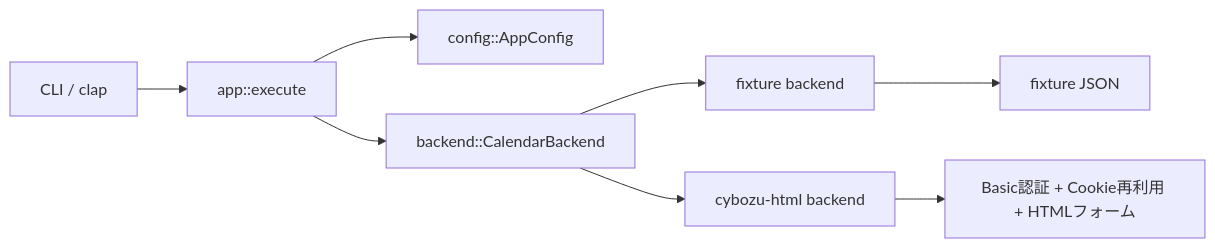
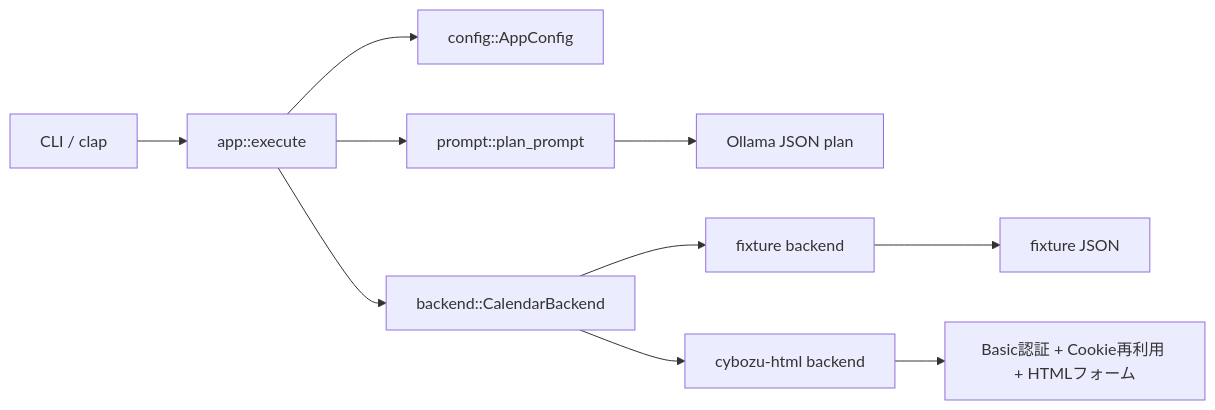
The diagram in docs/02-architecture.md (densuke/cbzcal), drawn with Mermaid before and after one commit. The commit also changed other lines of this file and 8 other files, not shown here.

````diff
--- a/docs/02-architecture.md
+++ b/docs/02-architecture.md
@@ -10,10 +10,12 @@
 ```mermaid
 flowchart LR
     CLI[CLI / clap] --> APP[app::execute]
     APP --> CFG[config::AppConfig]
+    APP --> PROMPT[prompt::plan_prompt]
     APP --> BE[backend::CalendarBackend]
+    PROMPT --> OLLAMA[Ollama JSON plan]
     BE --> FIX[fixture backend]
     BE --> CYB[cybozu-html backend]
     FIX --> JSON[fixture JSON]
     CYB --> HTTP[Basic認証 + Cookie再利用 + HTMLフォーム]
 ```
````
